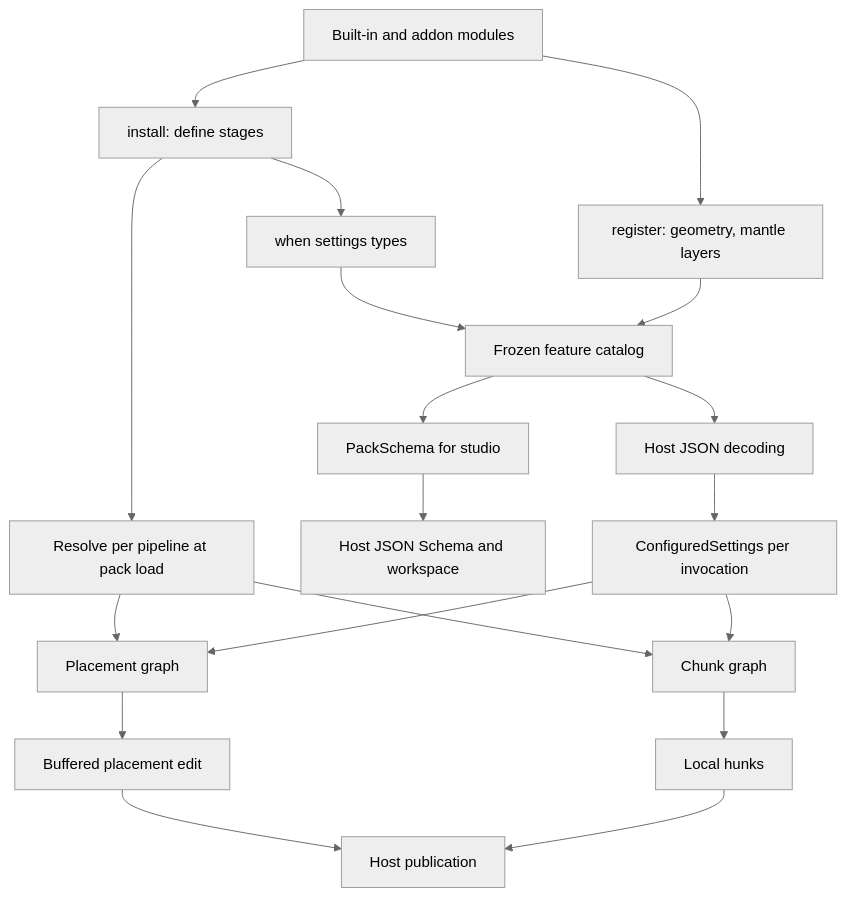
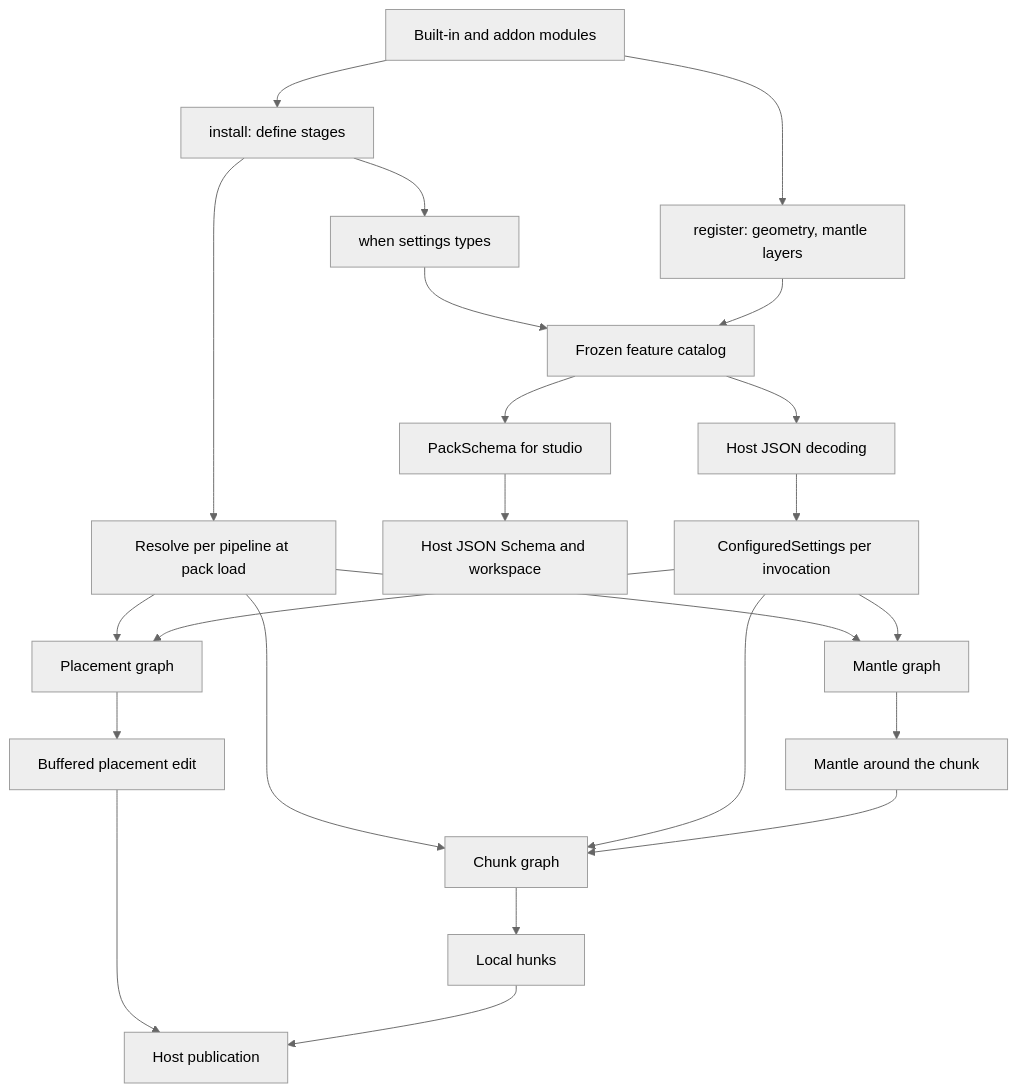
Before and after one commit to VolmitSoftware/Iris: the diagram in DESIGN.md, drawn with Mermaid (neutral theme). The commit also changed other lines of this file and 60 other files, not shown here.

````diff
--- a/DESIGN.md
+++ b/DESIGN.md
@@ -16,21 +16,25 @@
 ```mermaid
 flowchart TD
     Modules[Built-in and addon modules] --> Install[install: define stages]
     Modules --> Register[register: geometry, mantle layers]
     Install --> Resolve[Resolve per pipeline at pack load]
     Install --> Settings[when settings types]
     Settings --> Catalog[Frozen feature catalog]
     Register --> Catalog
     Resolve --> Placement[Placement graph]
+    Resolve --> MantleGraph[Mantle graph]
     Resolve --> Chunk[Chunk graph]
     Catalog --> Schema[PackSchema for studio]
     Schema --> Render[Host JSON Schema and workspace]
     Catalog --> Decode[Host JSON decoding]
     Decode --> Configured[ConfiguredSettings per invocation]
     Configured --> Placement
+    Configured --> MantleGraph
     Configured --> Chunk
     Placement --> Edit[Buffered placement edit]
+    MantleGraph --> MantleData[Mantle around the chunk]
+    MantleData --> Chunk
     Chunk --> Hunk[Local hunks]
     Edit --> Publish[Host publication]
     Hunk --> Publish
 ```
````
